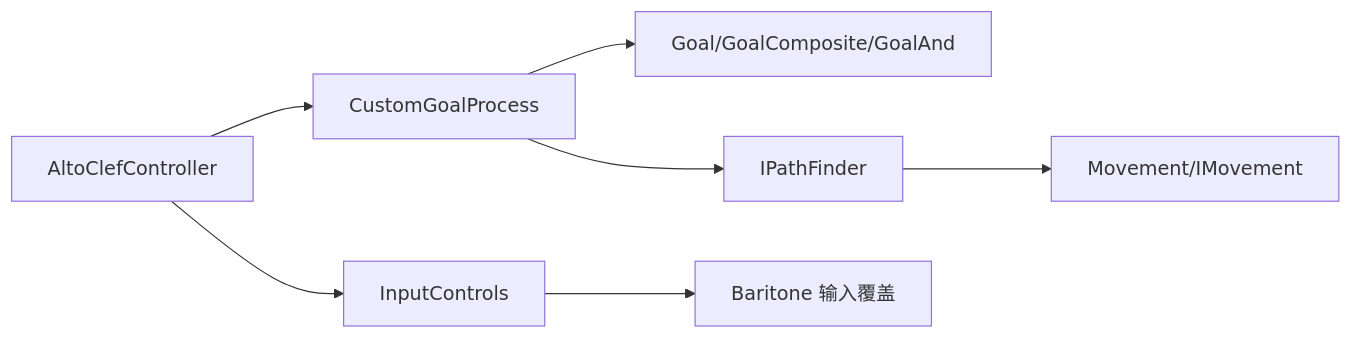
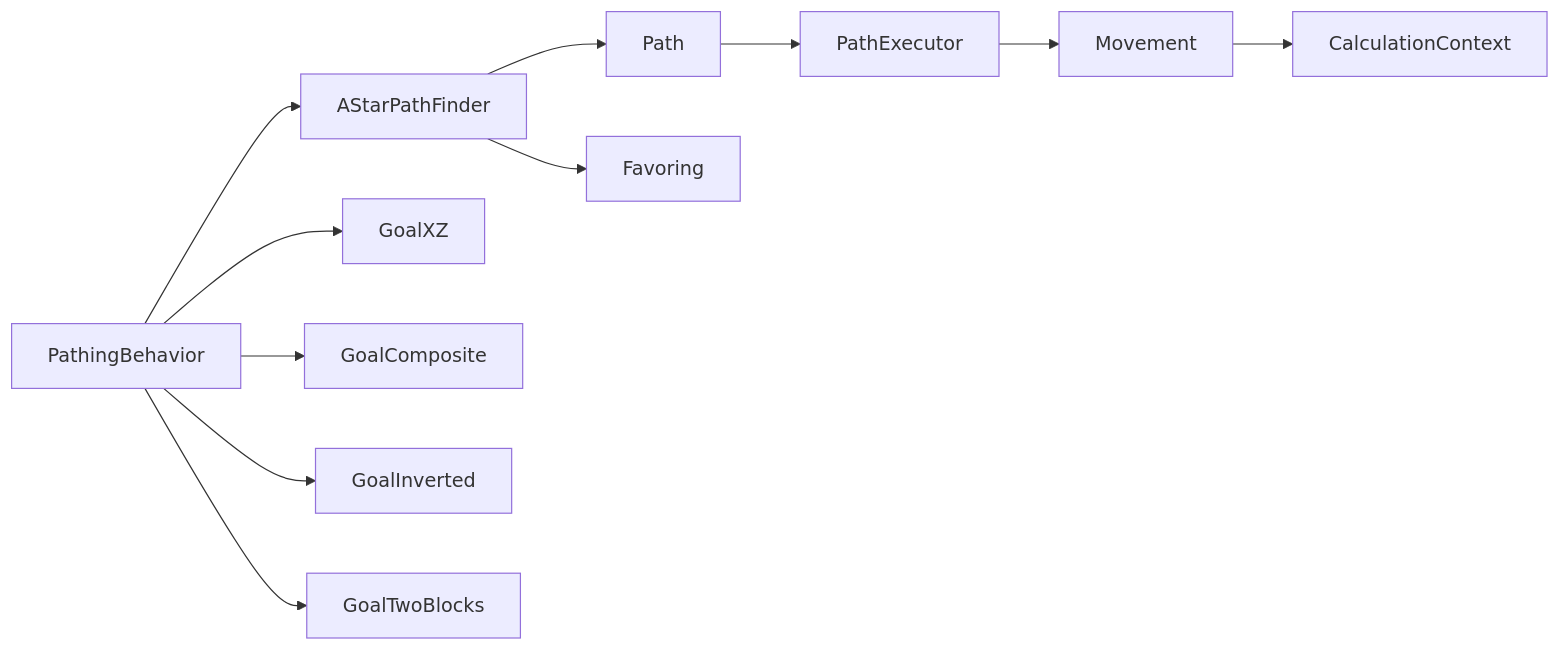
The eighth of 8 diagrams in .qoder/repowiki/zh/content/路径规划系统/路径规划系统.md (wjartpix/minecraft_ai_play2npc), drawn with Mermaid before and after one commit. The commit also changed other lines of this file and 188 other files, not shown here.

````diff
--- a/.qoder/repowiki/zh/content/路径规划系统/路径规划系统.md
+++ b/.qoder/repowiki/zh/content/路径规划系统/路径规划系统.md
@@ -308,9 +363,13 @@
 ```mermaid
 graph LR
-AC["AltoClefController"] --> CGP["CustomGoalProcess"]
-AC --> IC["InputControls"]
-CGP --> GOAL["Goal/GoalComposite/GoalAnd"]
-CGP --> PF["IPathFinder"]
-PF --> MOV["Movement/IMovement"]
-IC --> BAR["Baritone 输入覆盖"]
+PB["PathingBehavior"] --> PF["AStarPathFinder"]
+PF --> P["Path"]
+P --> PE["PathExecutor"]
+PE --> Mv["Movement"]
+Mv --> Ctx["CalculationContext"]
+PF --> Fv["Favoring"]
+PB --> GXZ["GoalXZ"]
+PB --> GC["GoalComposite"]
+PB --> GI["GoalInverted"]
+PB --> GTB["GoalTwoBlocks"]
 ```
````
